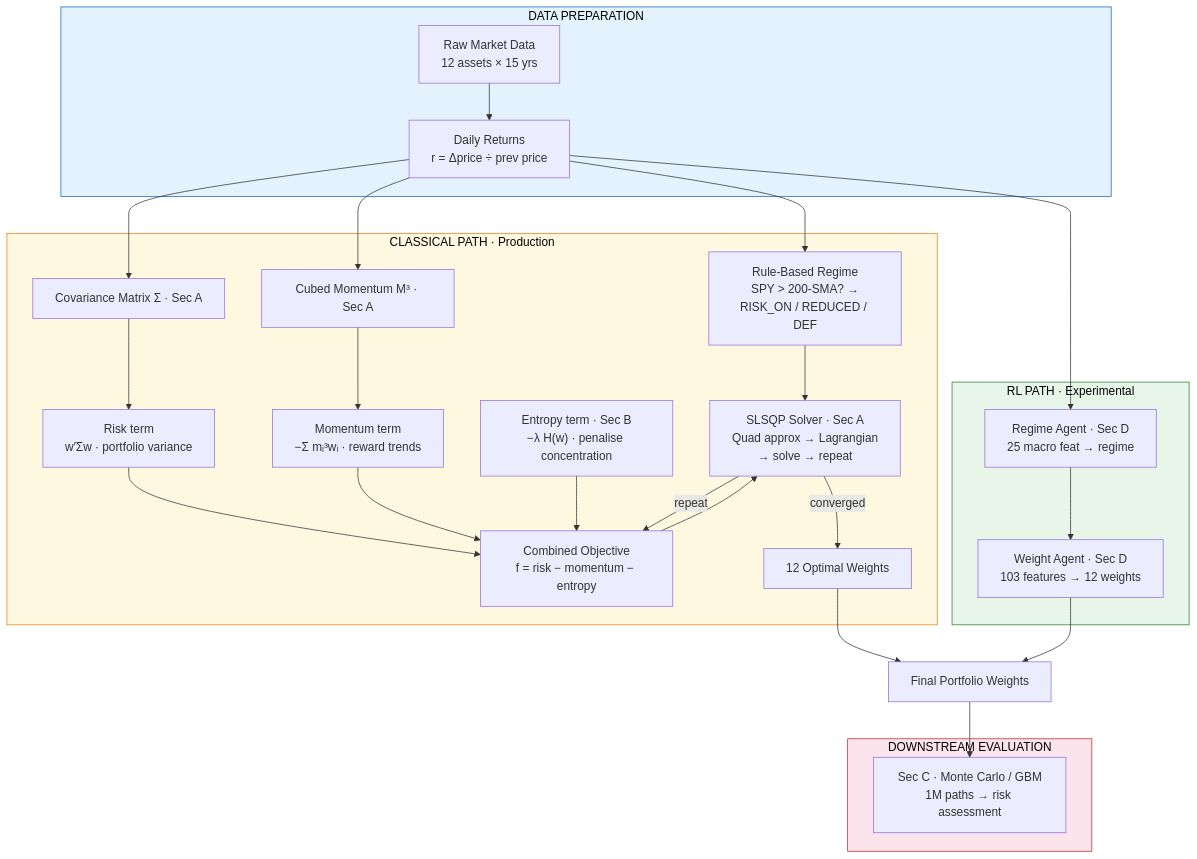
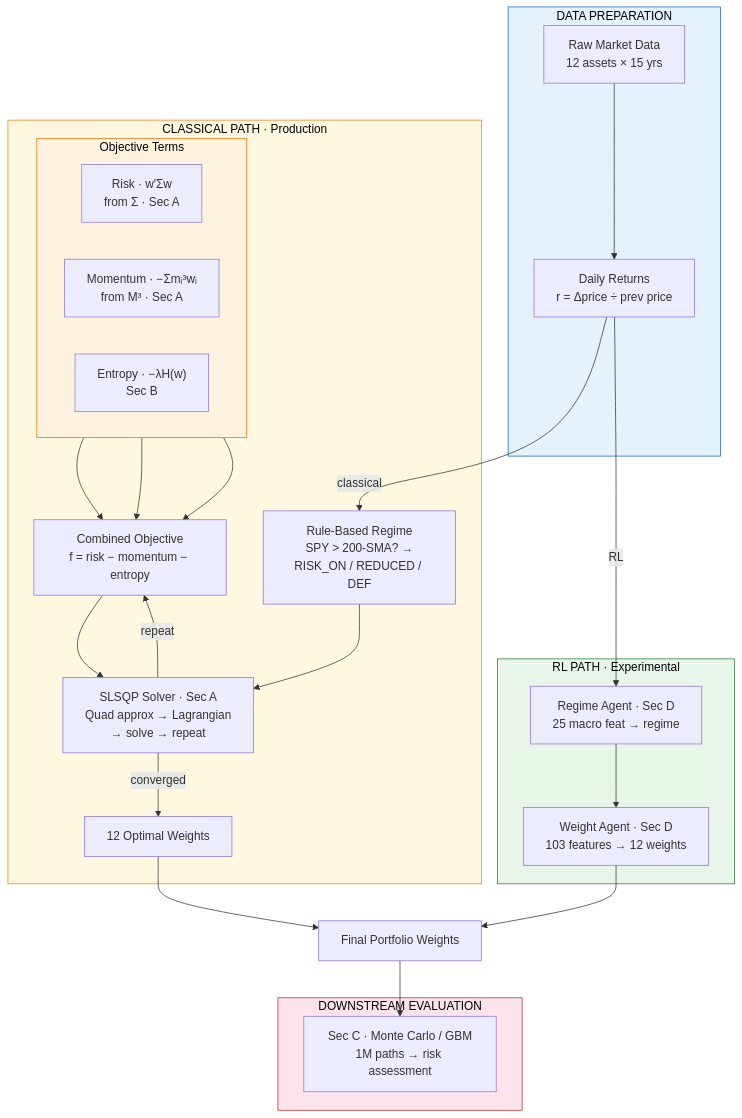
Before and after one commit to Guannings/alpha_dual_engine: the diagram in README.md, drawn with Mermaid.

Commit message:
Clean up flowchart layout — group objective terms horizontally, reduce edge clutter
Nested subgraph with direction LR places Risk, Momentum, Entropy
side by side instead of stacked. Merged covariance/momentum nodes
into their respective terms. Reduced RET fan-out from 4 edges to 2.

````diff
--- a/README.md
+++ b/README.md
@@ -1067,57 +1067,55 @@
 ```mermaid
 graph TD
     subgraph DATA ["DATA PREPARATION"]
         RAW["Raw Market Data<br/>12 assets × 15 yrs"]
         RET["Daily Returns<br/>r = Δprice ÷ prev price"]
     end
 
     RAW --> RET
 
     subgraph CLASSICAL ["CLASSICAL PATH · Production"]
         REG_C["Rule-Based Regime<br/>SPY > 200-SMA? →<br/>RISK_ON / REDUCED / DEF"]
-        COV["Covariance Matrix Σ · Sec A"]
-        MOM["Cubed Momentum M³ · Sec A"]
-        RISK["Risk term<br/>w′Σw · portfolio variance"]
-        MOMENT["Momentum term<br/>−Σ mᵢ³wᵢ · reward trends"]
-        ENTROPY["Entropy term · Sec B<br/>−λ H(w) · penalise concentration"]
+        subgraph TERMS ["Objective Terms"]
+            direction LR
+            RISK["Risk · w′Σw<br/>from Σ · Sec A"]
+            MOMENT["Momentum · −Σmᵢ³wᵢ<br/>from M³ · Sec A"]
+            ENTROPY["Entropy · −λH(w)<br/>Sec B"]
+        end
         OBJ["Combined Objective<br/>f = risk − momentum − entropy"]
         ITER["SLSQP Solver · Sec A<br/>Quad approx → Lagrangian<br/>→ solve → repeat"]
         W_C["12 Optimal Weights"]
     end
 
     subgraph RL_PATH ["RL PATH · Experimental"]
         REG_R["Regime Agent · Sec D<br/>25 macro feat → regime"]
         W_R["Weight Agent · Sec D<br/>103 features → 12 weights"]
     end
 
-    RET --> REG_C
-    RET --> COV
-    RET --> MOM
-    RET --> REG_R
+    RET -->|"classical"| REG_C
+    RET -->|"RL"| REG_R
 
-    COV --> RISK
-    MOM --> MOMENT
     RISK --> OBJ
     MOMENT --> OBJ
     ENTROPY --> OBJ
+    REG_C --> ITER
     OBJ --> ITER
-    REG_C --> ITER
     ITER -->|"converged"| W_C
     ITER -->|"repeat"| OBJ
 
     REG_R --> W_R
 
     W_C --> FINAL["Final Portfolio Weights"]
     W_R --> FINAL
 
     subgraph DOWN ["DOWNSTREAM EVALUATION"]
         MC["Sec C · Monte Carlo / GBM<br/>1M paths → risk assessment"]
     end
 
     FINAL --> MC
 
     style DATA fill:#e3f2fd,stroke:#1565c0,color:#000
     style CLASSICAL fill:#fff8e1,stroke:#f57f17,color:#000
+    style TERMS fill:#fff3e0,stroke:#ef6c00,color:#000
     style RL_PATH fill:#e8f5e9,stroke:#2e7d32,color:#000
     style DOWN fill:#fce4ec,stroke:#c62828,color:#000
 ```
````
